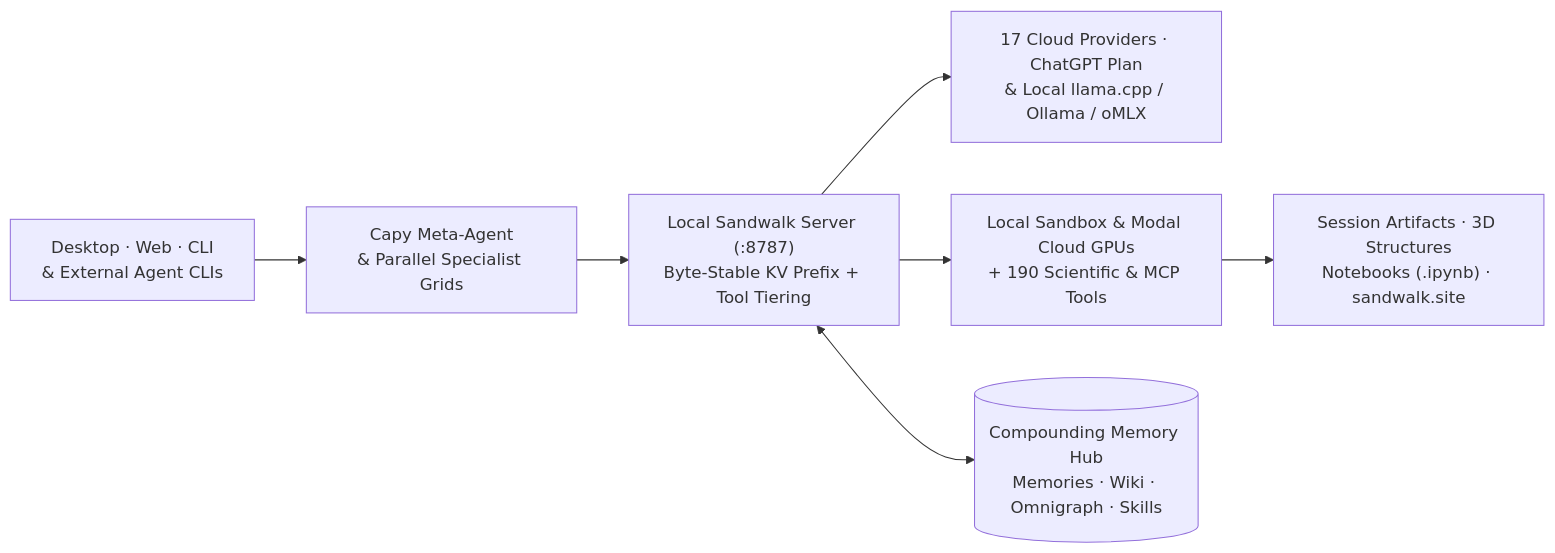
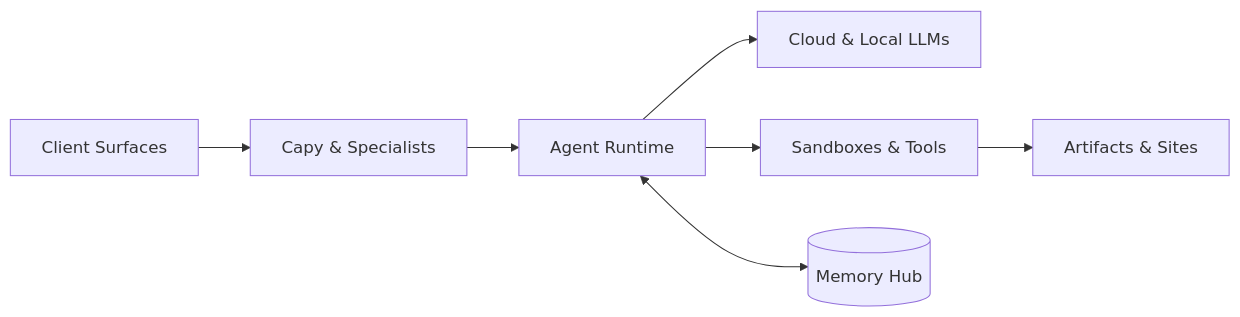
Before and after one commit to fastfold-ai/sandwalk: the first of 2 diagrams in README.md, drawn with Mermaid. The commit also changed other lines of this file, not shown here.

Commit message:
docs(readme): keep Mermaid diagram component titles short and clean
Why:
- Strip numbers, file extensions, and marketing copy out of Mermaid diagram nodes so every component box is a concise 1-3 word architectural label.

````diff
--- a/README.md
+++ b/README.md
@@ -95,9 +95,9 @@
 ```mermaid
 flowchart LR
-    Surfaces["Desktop · Web · CLI<br/>& External Agent CLIs"] --> Orch["Capy Meta-Agent<br/>& Parallel Specialist Grids"]
-    Orch --> Server["Local Sandwalk Server (:8787)<br/>Byte-Stable KV Prefix + Tool Tiering"]
-    Server --> Models["17 Cloud Providers · ChatGPT Plan<br/>& Local llama.cpp / Ollama / oMLX"]
-    Server --> Compute["Local Sandbox & Modal Cloud GPUs<br/>+ 190 Scientific & MCP Tools"]
-    Server <--> Memory[("Compounding Memory Hub<br/>Memories · Wiki · Omnigraph · Skills")]
-    Compute --> Outputs["Session Artifacts · 3D Structures<br/>Notebooks (.ipynb) · sandwalk.site"]
+    Surfaces["Client Surfaces"] --> Orch["Capy & Specialists"]
+    Orch --> Server["Agent Runtime"]
+    Server --> Models["Cloud & Local LLMs"]
+    Server --> Compute["Sandboxes & Tools"]
+    Server <--> Memory[("Memory Hub")]
+    Compute --> Outputs["Artifacts & Sites"]
 ```
````
